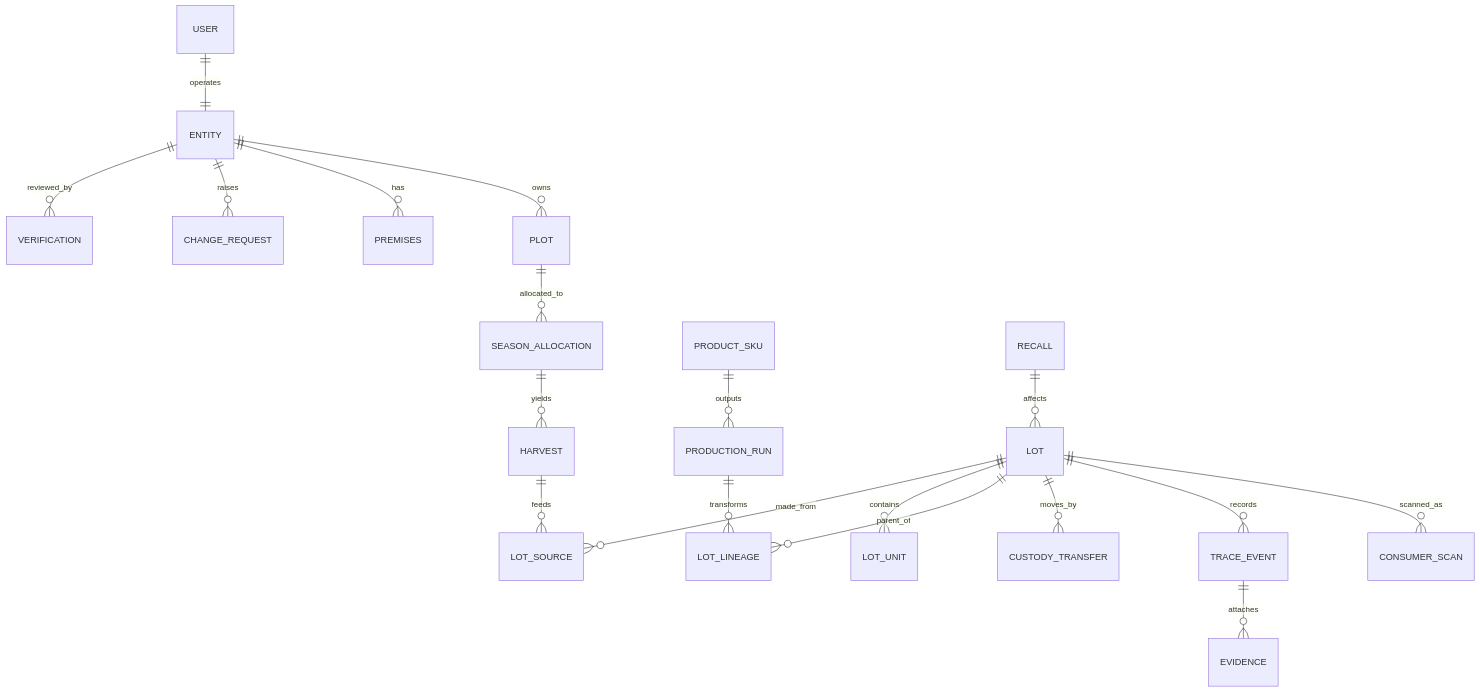
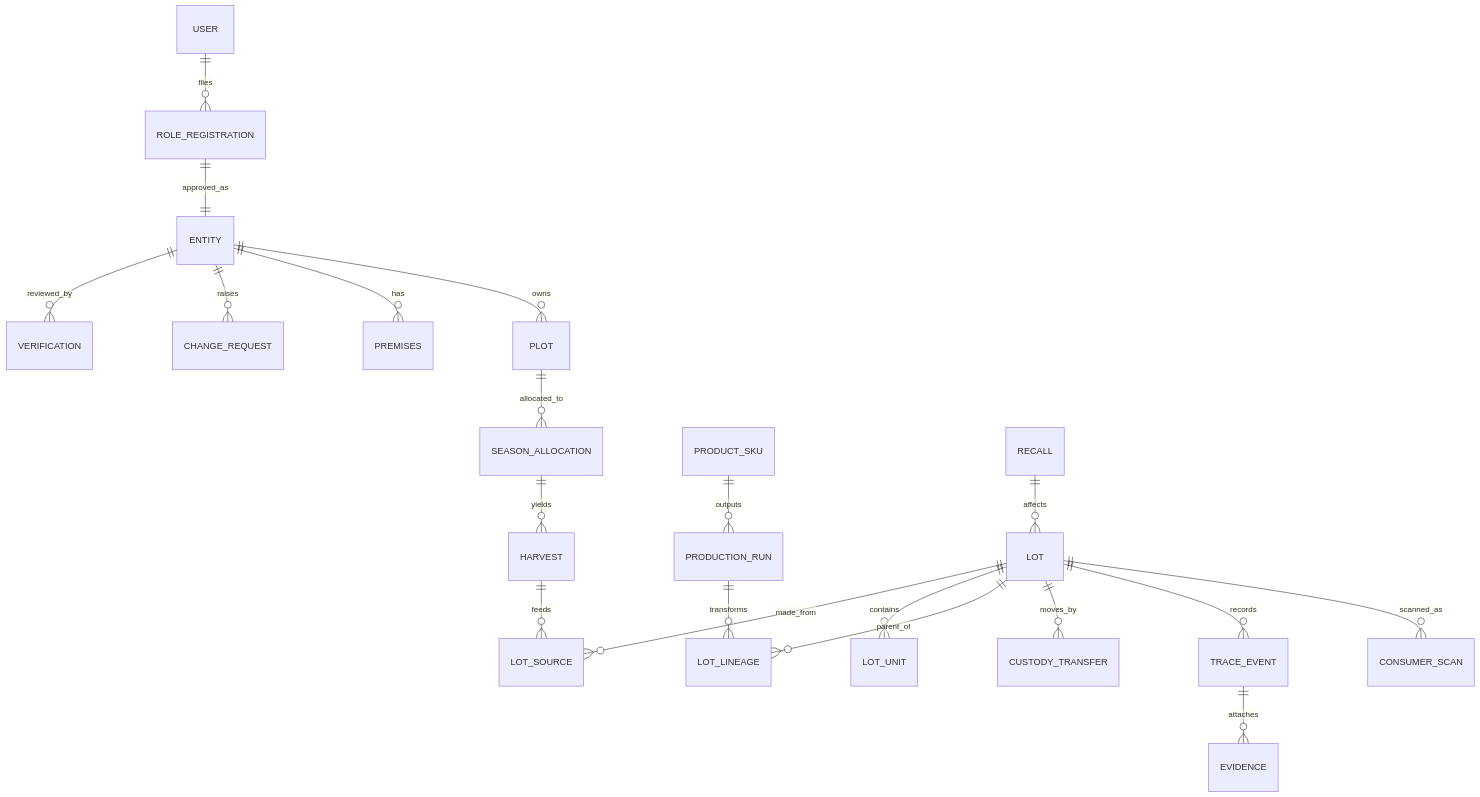
Before and after one commit to DevnetraConsultancy/annasutra: the seventh of 7 diagrams in docs/Core/annasutra_entity_console_architecture.md, drawn with Mermaid. The commit also changed other lines of this file and 58 other files, not shown here.

Commit message:
docs: Gmail identity, single admin, multi-registration portal, child batch QR, Web+APK printing, E2E flow (Decisions 29-35); retire all other docs

````diff
--- a/docs/Core/annasutra_entity_console_architecture.md
+++ b/docs/Core/annasutra_entity_console_architecture.md
@@ -715,21 +804,22 @@
 ```mermaid
 erDiagram
-  USER ||--|| ENTITY : operates
+  USER ||--o{ ROLE_REGISTRATION : files
+  ROLE_REGISTRATION ||--|| ENTITY : approved_as
   ENTITY ||--o{ VERIFICATION : reviewed_by
   ENTITY ||--o{ CHANGE_REQUEST : raises
   ENTITY ||--o{ PREMISES : has
   ENTITY ||--o{ PLOT : owns
   PLOT ||--o{ SEASON_ALLOCATION : allocated_to
   SEASON_ALLOCATION ||--o{ HARVEST : yields
   HARVEST ||--o{ LOT_SOURCE : feeds
   LOT ||--o{ LOT_SOURCE : made_from
   LOT ||--o{ LOT_UNIT : contains
   LOT ||--o{ LOT_LINEAGE : parent_of
   LOT ||--o{ CUSTODY_TRANSFER : moves_by
   LOT ||--o{ TRACE_EVENT : records
   TRACE_EVENT ||--o{ EVIDENCE : attaches
   PRODUCTION_RUN ||--o{ LOT_LINEAGE : transforms
   PRODUCT_SKU ||--o{ PRODUCTION_RUN : outputs
   LOT ||--o{ CONSUMER_SCAN : scanned_as
   RECALL ||--o{ LOT : affects
 ```
````
